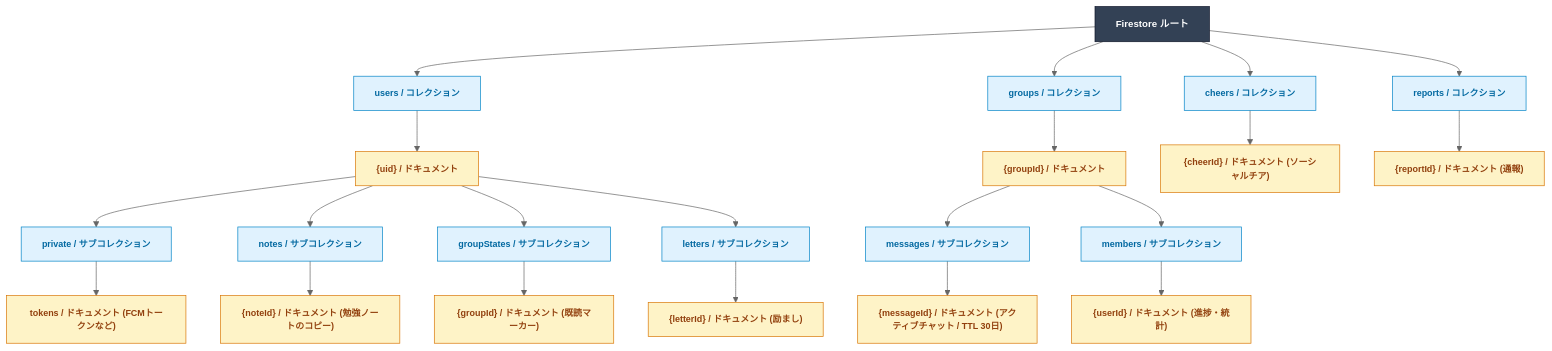
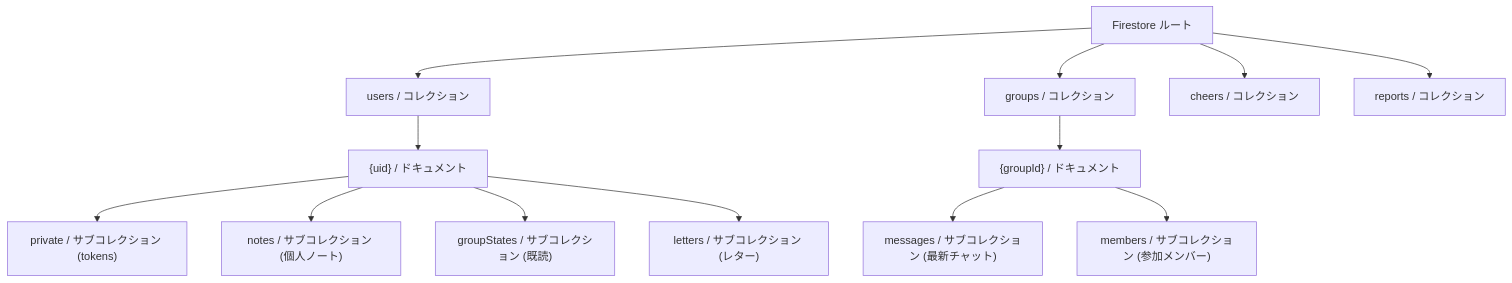
One commit to ScriptureHabit/scripture-habit changed the second of 2 diagrams in docs/ja/database-security.md. Above: the diagram before and after it, drawn with Mermaid. The commit also changed other lines of this file and 15 other files, not shown here.

Commit message:
docs: refine and simplify all Architecture Overview documentation in Japanese and English

````diff
--- a/docs/ja/database-security.md
+++ b/docs/ja/database-security.md
@@ -80,35 +29,20 @@
 ```mermaid
-%%{init: {'theme': 'neutral'}}%%
 graph TD
-    classDef root fill:#334155,stroke:#0f172a,color:#ffffff,font-weight:bold,font-size:14px;
-    classDef collection fill:#e0f2fe,stroke:#0284c7,color:#0369a1,font-weight:bold,font-size:13px;
-    classDef document fill:#fef3c7,stroke:#d97706,color:#92400e,font-weight:bold,font-size:13px;
+    Root["Firestore ルート"]
 
-    Root["Firestore ルート"]:::root
+    Root --> Users["users / コレクション"]
+    Root --> Groups["groups / コレクション"]
+    Root --> Cheers["cheers / コレクション"]
+    Root --> Reports["reports / コレクション"]
 
-    Root --> Users["users / コレクション"]:::collection
-    Root --> Groups["groups / コレクション"]:::collection
-    Root --> Cheers["cheers / コレクション"]:::collection
-    Root --> Reports["reports / コレクション"]:::collection
+    Users --> UserDoc["{uid} / ドキュメント"]
+    Groups --> GroupDoc["{groupId} / ドキュメント"]
 
-    Users --> UserDoc["{uid} / ドキュメント"]:::document
-    Groups --> GroupDoc["{groupId} / ドキュメント"]:::document
-    Cheers --> CheerDoc["{cheerId} / ドキュメント (ソーシャルチア)"]:::document
-    Reports --> ReportDoc["{reportId} / ドキュメント (通報)"]:::document
+    UserDoc --> Private["private / サブコレクション (tokens)"]
+    UserDoc --> Notes["notes / サブコレクション (個人ノート)"]
+    UserDoc --> GroupStates["groupStates / サブコレクション (既読)"]
+    UserDoc --> Letters["letters / サブコレクション (レター)"]
 
-    UserDoc --> Private["private / サブコレクション"]:::collection
-    UserDoc --> Notes["notes / サブコレクション"]:::collection
-    UserDoc --> GroupStates["groupStates / サブコレクション"]:::collection
-    UserDoc --> Letters["letters / サブコレクション"]:::collection
-
-    Private --> TokensDoc["tokens / ドキュメント (FCMトークンなど)"]:::document
-    Notes --> NoteDoc["{noteId} / ドキュメント (勉強ノートのコピー)"]:::document
-    GroupStates --> GStateDoc["{groupId} / ドキュメント (既読マーカー)"]:::document
-    Letters --> LetterDoc["{letterId} / ドキュメント (励まし)"]:::document
-
-    GroupDoc --> Messages["messages / サブコレクション"]:::collection
-    GroupDoc --> Members["members / サブコレクション"]:::collection
-
-    Messages --> MsgDoc["{messageId} / ドキュメント (アクティブチャット / TTL 30日)"]:::document
-    Members --> MemberDoc["{userId} / ドキュメント (進捗・統計)"]:::document
+    GroupDoc --> Messages["messages / サブコレクション (最新チャット)"]
+    GroupDoc --> Members["members / サブコレクション (参加メンバー)"]
 ```
````
